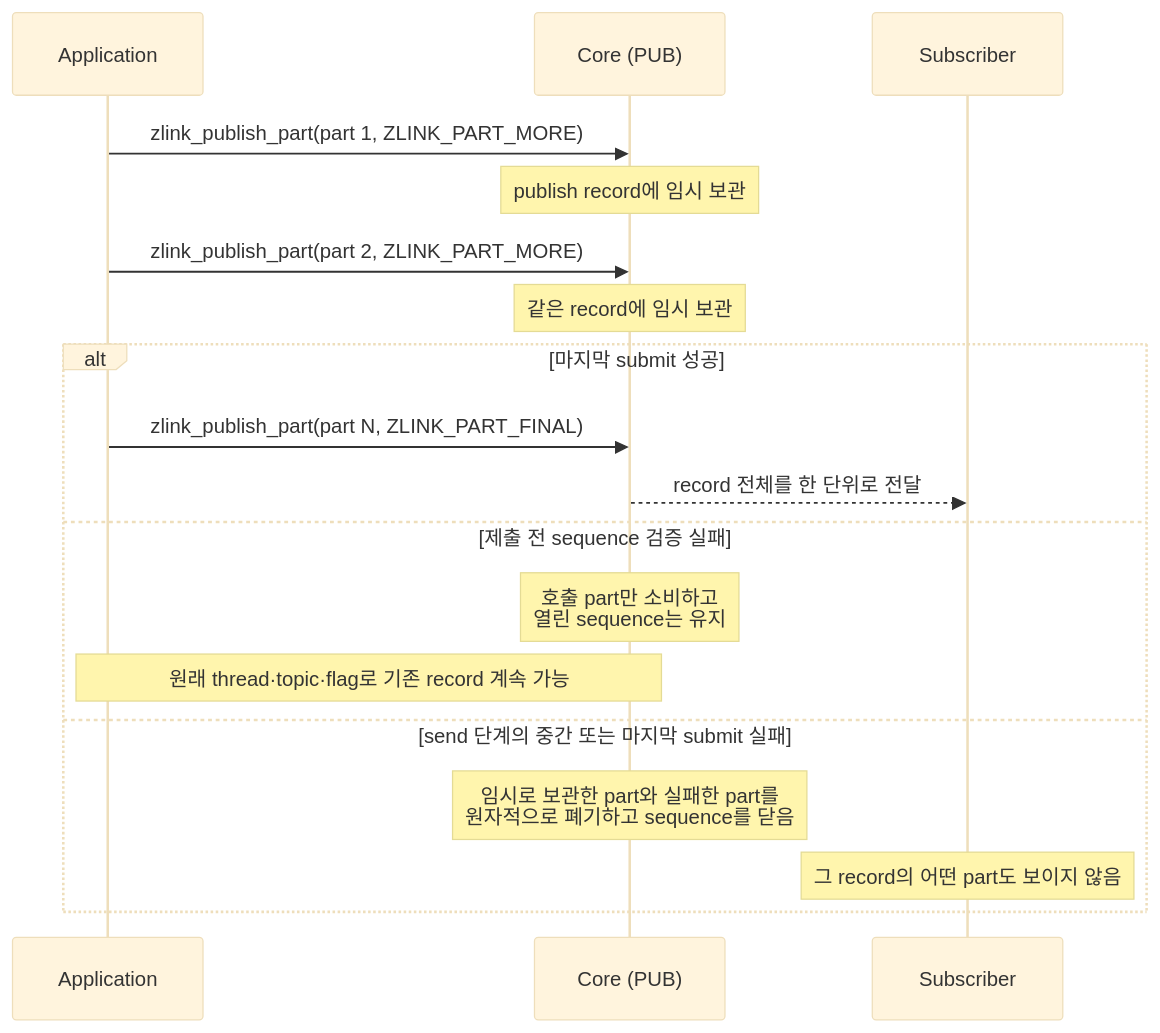
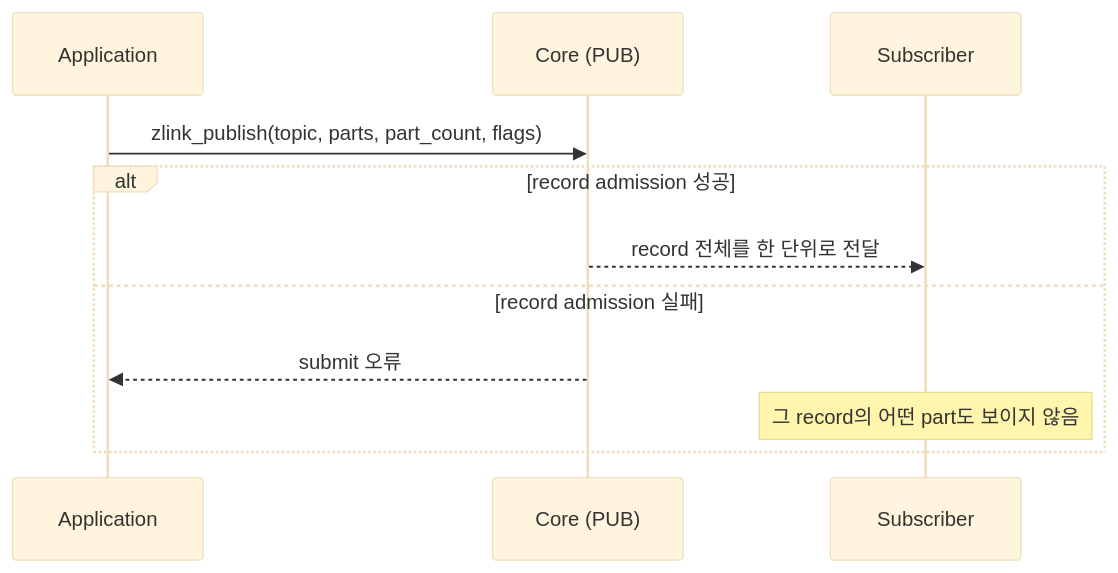
The diagram in core/doc/spec/core/socket/02-pub.ko.md (zlink-systems/zlink), drawn with Mermaid (base theme) before and after one commit. The commit also changed other lines of this file and 34 other files, not shown here.

````diff
--- a/core/doc/spec/core/socket/02-pub.ko.md
+++ b/core/doc/spec/core/socket/02-pub.ko.md
@@ -78,20 +69,13 @@
 ```mermaid
 sequenceDiagram
     participant App as Application
     participant Core as Core (PUB)
     participant Sub as Subscriber
-    App->>Core: zlink_publish_part(part 1, ZLINK_PART_MORE)
-    Note over Core: publish record에 임시 보관
-    App->>Core: zlink_publish_part(part 2, ZLINK_PART_MORE)
-    Note over Core: 같은 record에 임시 보관
-    alt 마지막 submit 성공
-        App->>Core: zlink_publish_part(part N, ZLINK_PART_FINAL)
+    App->>Core: zlink_publish(topic, parts, part_count, flags)
+    alt record admission 성공
         Core-->>Sub: record 전체를 한 단위로 전달
-    else 제출 전 sequence 검증 실패
-        Note over Core: 호출 part만 소비하고<br/>열린 sequence는 유지
-        Note over App,Core: 원래 thread·topic·flag로 기존 record 계속 가능
-    else send 단계의 중간 또는 마지막 submit 실패
-        Note over Core: 임시로 보관한 part와 실패한 part를<br/>원자적으로 폐기하고 sequence를 닫음
+    else record admission 실패
+        Core-->>App: submit 오류
         Note over Sub: 그 record의 어떤 part도 보이지 않음
     end
 ```
````
